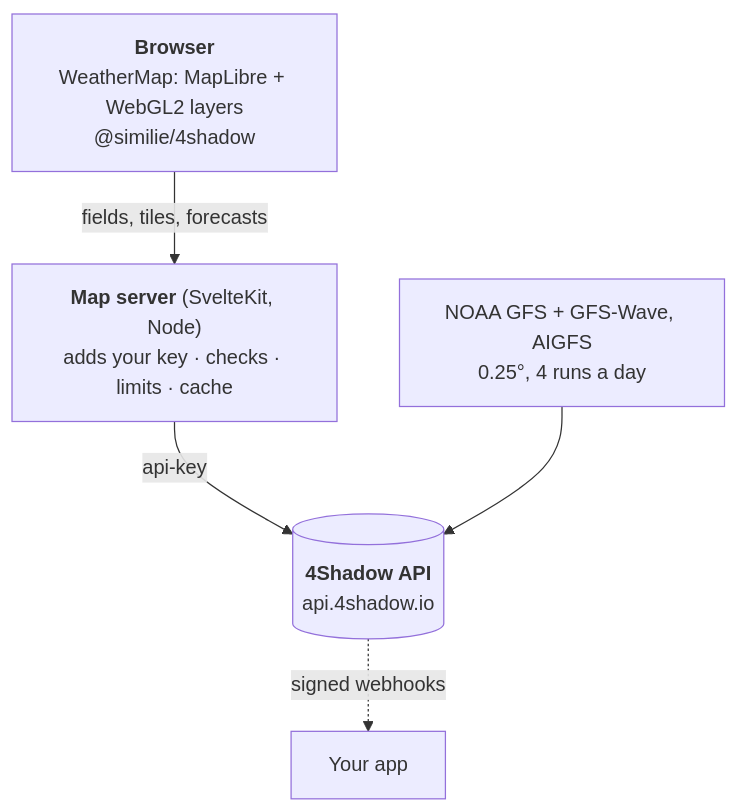
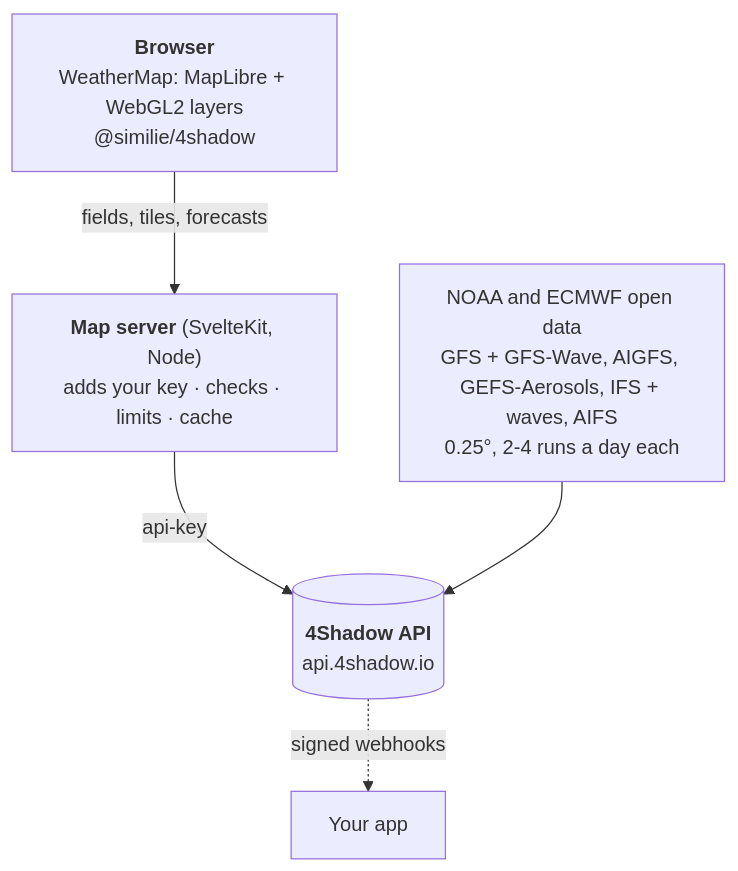
Before and after one commit to similie/4Shadow-js: the diagram in README.md, drawn with Mermaid. The commit also changed other lines of this file and 2 other files, not shown here.

First line of the commit message:
README: IFS, AIFS and air quality are in; roadmap moves on

````diff
--- a/README.md
+++ b/README.md
@@ -132,11 +133,11 @@
 ```mermaid
 flowchart TB
   map["<b>Browser</b><br/>WeatherMap: MapLibre + WebGL2 layers<br/>@similie/4shadow"]
   door["<b>Map server</b> (SvelteKit, Node)<br/>adds your key · checks · limits · cache"]
   api[("<b>4Shadow API</b><br/>api.4shadow.io")]
-  gfs["NOAA GFS + GFS-Wave, AIGFS<br/>0.25°, 4 runs a day"]
+  data["NOAA and ECMWF open data<br/>GFS + GFS-Wave, AIGFS, GEFS-Aerosols, IFS + waves, AIFS<br/>0.25°, 2-4 runs a day each"]
   hooks["Your app"]
   map -- "fields, tiles, forecasts" --> door -- "api-key" --> api
-  gfs --> api
+  data --> api
   api -. "signed webhooks" .-> hooks
 ```
````
